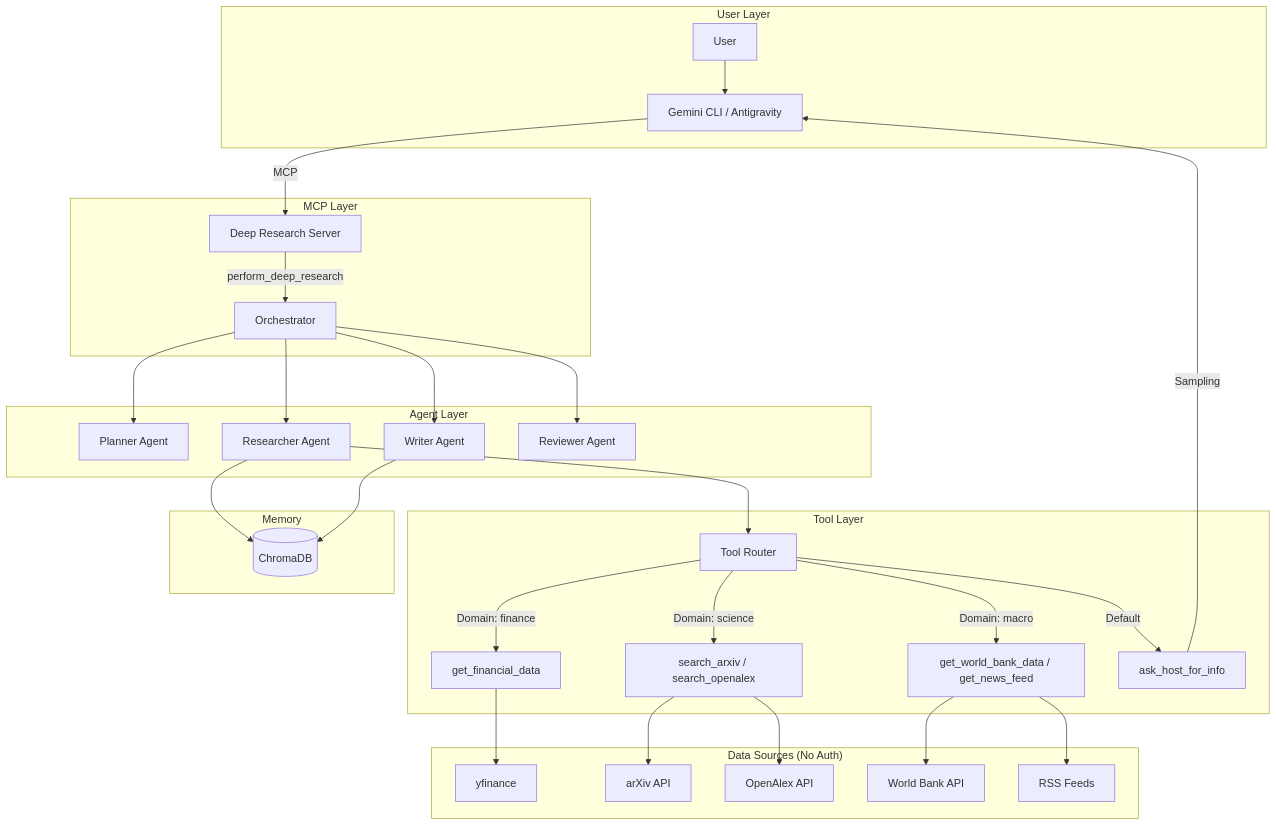
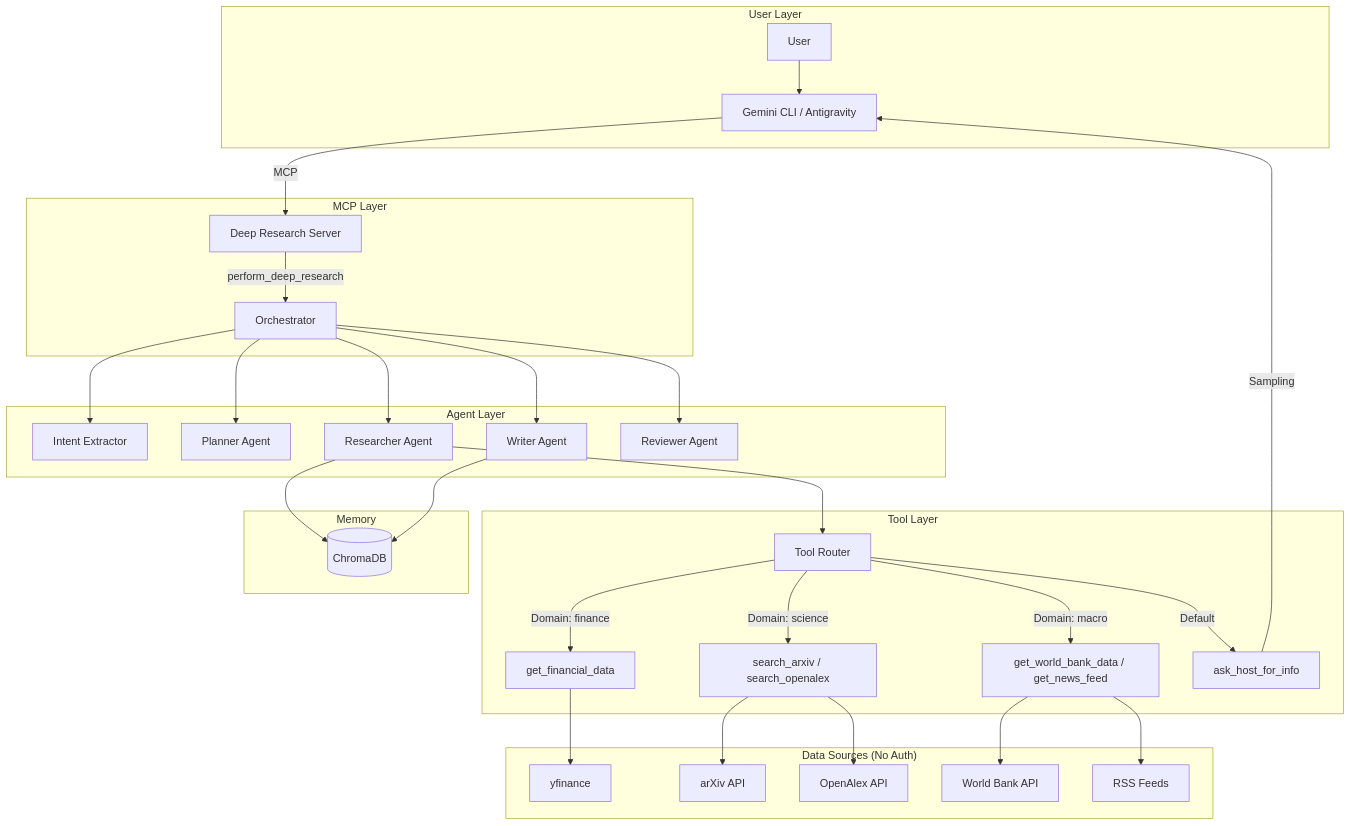
One commit to ic3land3r/Deep-Research-for-CLI changed the fifth of 5 diagrams in README.md. Above: the diagram before and after it, drawn with Mermaid. The commit also changed other lines of this file, not shown here.

Commit message:
docs: Add Intent Extractor to all architecture diagrams

````diff
--- a/README.md
+++ b/README.md
@@ -358,40 +359,41 @@
 ```mermaid
 graph TB
     subgraph "User Layer"
         U[User] --> CLI[Gemini CLI / Antigravity]
     end
     
     subgraph "MCP Layer"
         CLI -->|MCP| Server[Deep Research Server]
         Server -->|perform_deep_research| Orch[Orchestrator]
     end
     
     subgraph "Agent Layer"
+        Orch --> Intent[Intent Extractor]
         Orch --> Plan[Planner Agent]
         Orch --> Res[Researcher Agent]
         Orch --> Write[Writer Agent]
         Orch --> Rev[Reviewer Agent]
     end
     
     subgraph "Tool Layer"
         Res --> TR[Tool Router]
         TR -->|Domain: finance| FT[get_financial_data]
         TR -->|Domain: science| AT[search_arxiv / search_openalex]
         TR -->|Domain: macro| MT[get_world_bank_data / get_news_feed]
         TR -->|Default| HT[ask_host_for_info]
     end
     
     subgraph "Data Sources (No Auth)"
         FT --> YF[yfinance]
         AT --> ARX[arXiv API]
         AT --> OA[OpenAlex API]
         MT --> WB[World Bank API]
         MT --> RSS[RSS Feeds]
         HT -->|Sampling| CLI
     end
     
     subgraph "Memory"
         Res --> Mem[(ChromaDB)]
         Write --> Mem
     end
 ```
````
